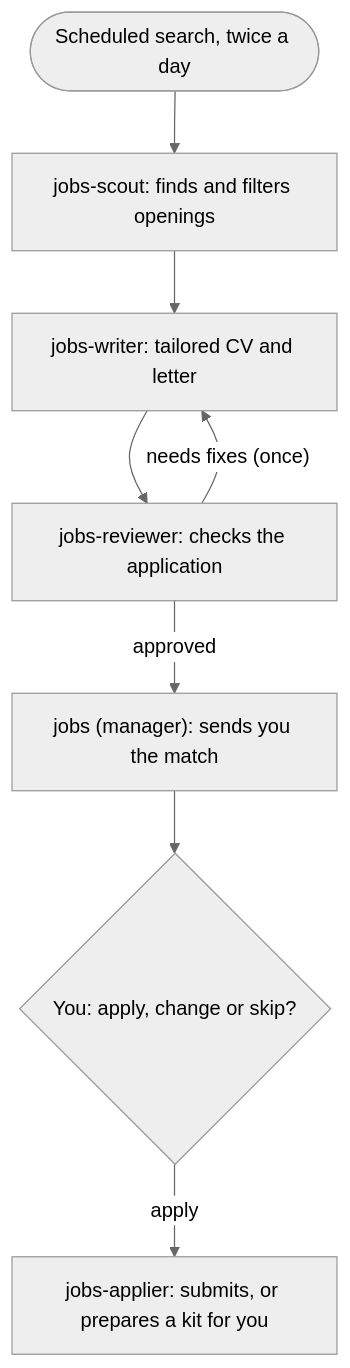
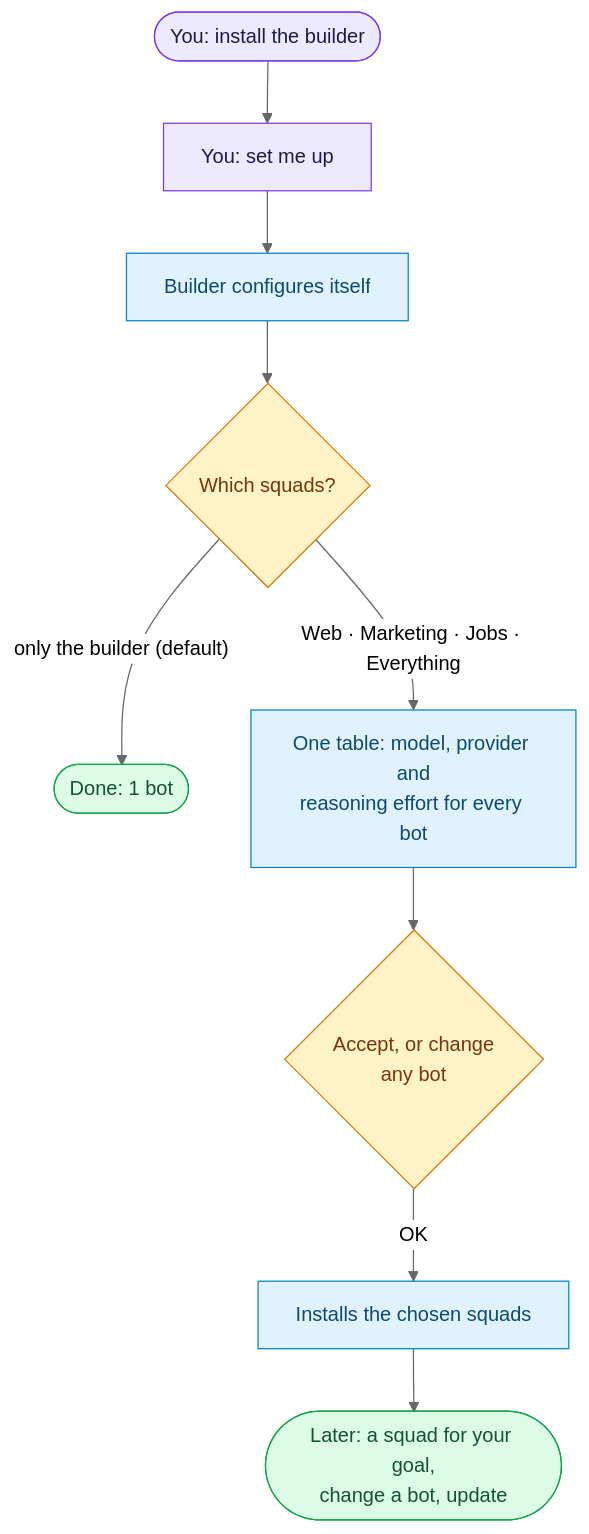
One commit to PuntoyComaTech/hermes-agent-squads changed the diagram in README.md. Above: the diagram before and after it, drawn with Mermaid (neutral theme). The commit also changed other lines of this file and 5 other files, not shown here.

Commit message:
docs: README shows the builder flow and links each squad; per-squad READMEs with colored vertical flows; PuntoyComaTech header and footer (2.0.9)

````diff
--- a/README.md
+++ b/README.md
@@ -88,10 +16,17 @@
 ```mermaid
 flowchart TD
-    T(["Scheduled search, twice a day"]) --> S["jobs-scout: finds and filters openings"]
-    S --> W["jobs-writer: tailored CV and letter"]
-    W --> R["jobs-reviewer: checks the application"]
-    R -->|"needs fixes (once)"| W
-    R -->|"approved"| M["jobs (manager): sends you the match"]
-    M --> A{"You: apply, change or skip?"}
-    A -->|"apply"| J["jobs-applier: submits, or prepares a kit for you"]
+    I(["You: install the builder"]):::you
+    I --> S["You: set me up"]:::you
+    S --> B["Builder configures itself"]:::bot
+    B --> Q{"Which squads?"}:::ask
+    Q -->|"only the builder (default)"| D(["Done: 1 bot"]):::done
+    Q -->|"Web · Marketing · Jobs · Everything"| M["One table: model, provider and<br/>reasoning effort for every bot"]:::bot
+    M --> OK{"Accept, or change<br/>any bot"}:::ask
+    OK -->|"OK"| A["Installs the chosen squads"]:::bot
+    A --> L(["Later: a squad for your goal,<br/>change a bot, update"]):::done
+
+    classDef you fill:#ede9fe,stroke:#7c3aed,color:#1e1b4b
+    classDef bot fill:#e0f2fe,stroke:#0284c7,color:#0c4a6e
+    classDef ask fill:#fef3c7,stroke:#d97706,color:#78350f
+    classDef done fill:#dcfce7,stroke:#16a34a,color:#14532d
 ```
````
